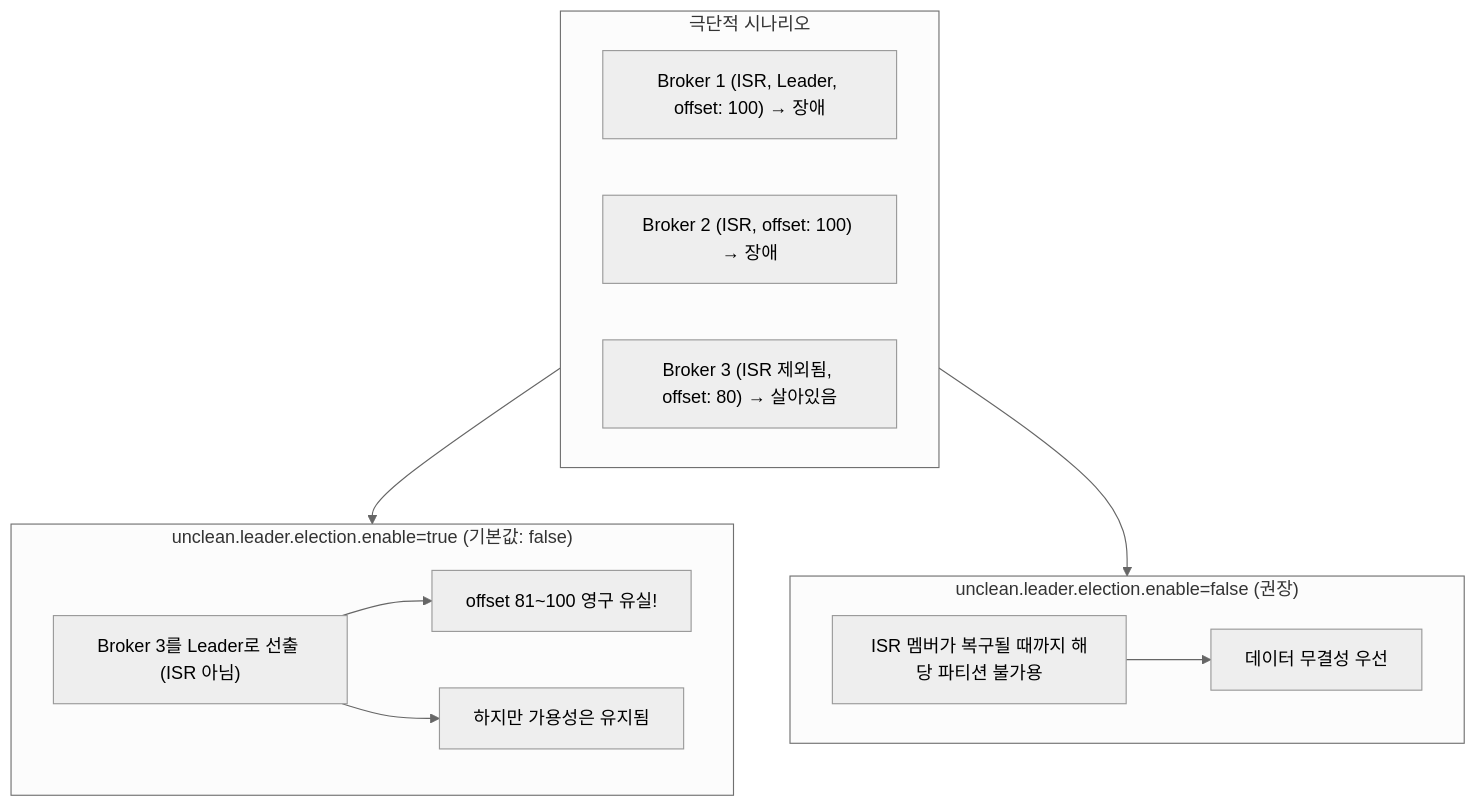
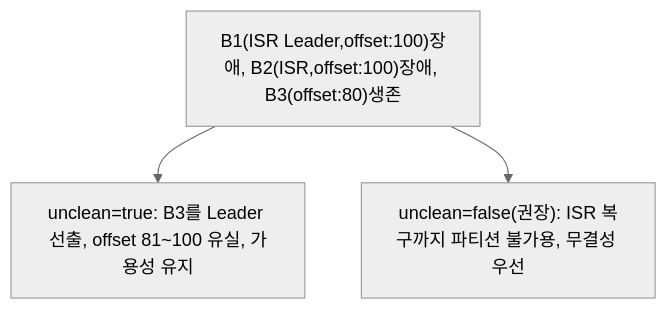
The fourth of 21 diagrams in _posts/kafka/2026-05-01-kafka-extreme-scenarios.md (yjkim2015/yjkim2015.github.io), drawn with Mermaid (neutral theme) before and after one commit. The commit also changed other lines of this file and 215 other files, not shown here.

First line of the commit message:
신규 포스트 10개 추가 + Mermaid 전면 축소 + SystemDesign 시리즈 보강

````diff
--- a/_posts/kafka/2026-05-01-kafka-extreme-scenarios.md
+++ b/_posts/kafka/2026-05-01-kafka-extreme-scenarios.md
@@ -72,22 +68,6 @@
 ```mermaid
 graph TD
-    subgraph scenario["극단적 시나리오"]
-        B1["Broker 1 (ISR, Leader, offset: 100) → 장애"]
-        B2["Broker 2 (ISR, offset: 100) → 장애"]
-        B3["Broker 3 (ISR 제외됨, offset: 80) → 살아있음"]
-    end
-    subgraph unclean["unclean.leader.election.enable=true (기본값: false)"]
-        UC1["Broker 3를 Leader로 선출 (ISR 아님)"]
-        UC2["offset 81~100 영구 유실!"]
-        UC3["하지만 가용성은 유지됨"]
-        UC1 --> UC2
-        UC1 --> UC3
-    end
-    subgraph clean["unclean.leader.election.enable=false (권장)"]
-        CC1["ISR 멤버가 복구될 때까지 해당 파티션 불가용"]
-        CC2["데이터 무결성 우선"]
-        CC1 --> CC2
-    end
-    scenario --> unclean
-    scenario --> clean
+    S["B1(ISR Leader,offset:100)장애, B2(ISR,offset:100)장애, B3(offset:80)생존"]
+    S --> U["unclean=true: B3를 Leader 선출, offset 81~100 유실, 가용성 유지"]
+    S --> C["unclean=false(권장): ISR 복구까지 파티션 불가용, 무결성 우선"]
 ```
````
